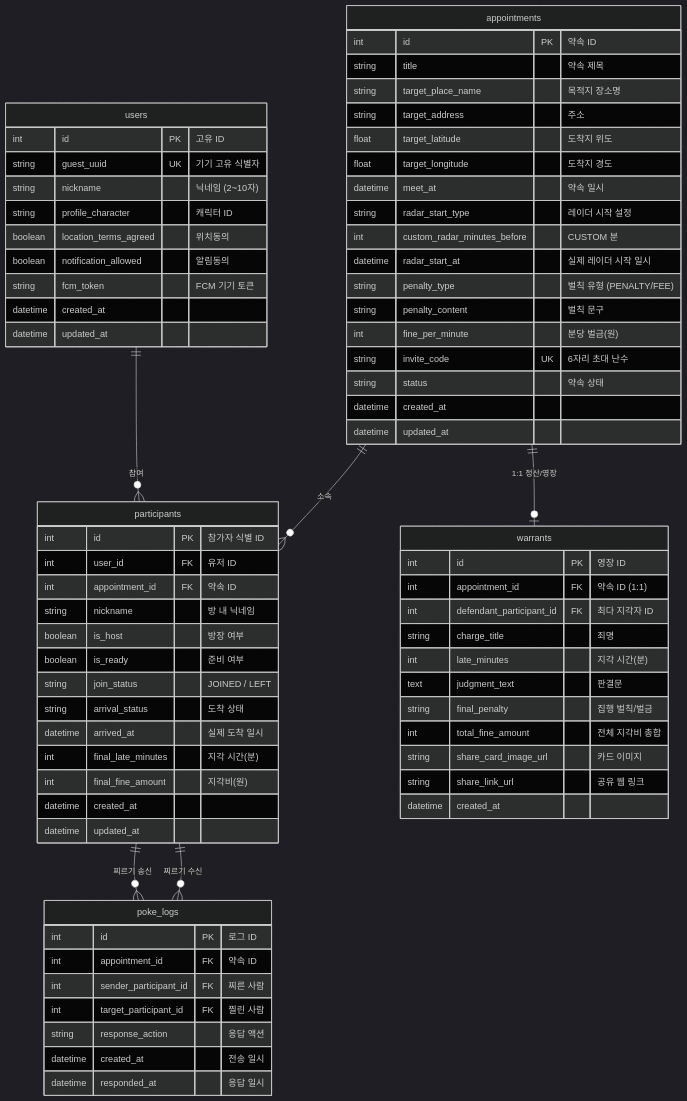
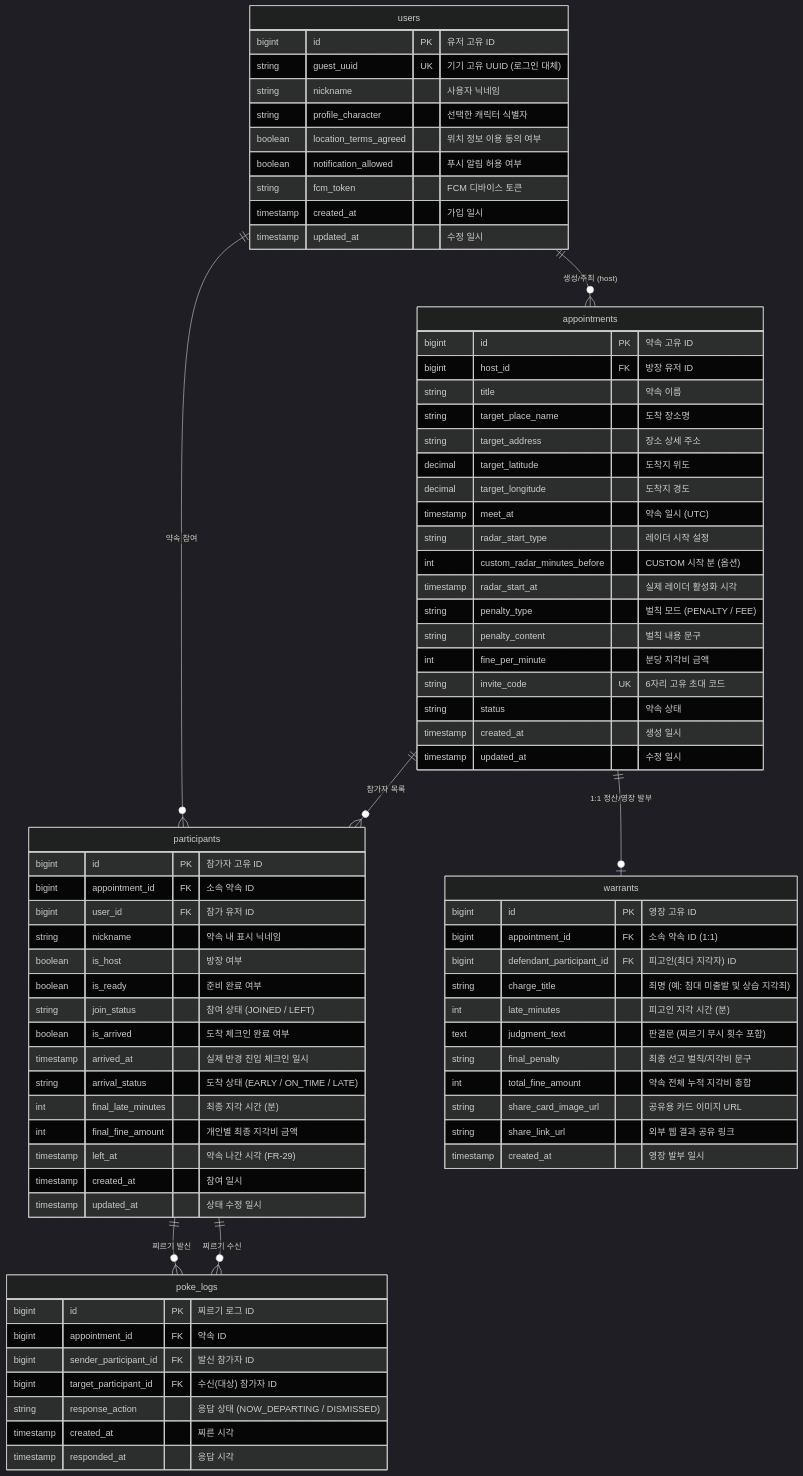
One commit to gomoboo/ETA_BE changed the diagram in docs/DB_SCHEMA.md. Above: the diagram before and after it, drawn with Mermaid (dark theme). The commit also changed other lines of this file, not shown here.

Commit message:
docs: Update DB schema documentation with host_id, left_at, is_arrived and unique constraint

````diff
--- a/docs/DB_SCHEMA.md
+++ b/docs/DB_SCHEMA.md
@@ -10,80 +11,84 @@
 ```mermaid
 erDiagram
-    users ||--o{ participants : "참여"
-    appointments ||--o{ participants : "소속"
-    appointments ||--o| warrants : "1:1 정산/영장"
-    participants ||--o{ poke_logs : "찌르기 송신"
+    users ||--o{ appointments : "생성/주최 (host)"
+    users ||--o{ participants : "약속 참여"
+    appointments ||--o{ participants : "참가자 목록"
+    appointments ||--o| warrants : "1:1 정산/영장 발부"
+    participants ||--o{ poke_logs : "찌르기 발신"
     participants ||--o{ poke_logs : "찌르기 수신"
 
     users {
-        int id PK "고유 ID"
-        string guest_uuid UK "기기 고유 식별자"
-        string nickname "닉네임 (2~10자)"
-        string profile_character "캐릭터 ID"
-        boolean location_terms_agreed "위치동의"
-        boolean notification_allowed "알림동의"
-        string fcm_token "FCM 기기 토큰"
-        datetime created_at
-        datetime updated_at
+        bigint id PK "유저 고유 ID"
+        string guest_uuid UK "기기 고유 UUID (로그인 대체)"
+        string nickname "사용자 닉네임"
+        string profile_character "선택한 캐릭터 식별자"
+        boolean location_terms_agreed "위치 정보 이용 동의 여부"
+        boolean notification_allowed "푸시 알림 허용 여부"
+        string fcm_token "FCM 디바이스 토큰"
+        timestamp created_at "가입 일시"
+        timestamp updated_at "수정 일시"
     }
 
     appointments {
-        int id PK "약속 ID"
-        string title "약속 제목"
-        string target_place_name "목적지 장소명"
-        string target_address "주소"
-        float target_latitude "도착지 위도"
-        float target_longitude "도착지 경도"
-        datetime meet_at "약속 일시"
+        bigint id PK "약속 고유 ID"
+        bigint host_id FK "방장 유저 ID"
+        string title "약속 이름"
+        string target_place_name "도착 장소명"
+        string target_address "장소 상세 주소"
+        decimal target_latitude "도착지 위도"
+        decimal target_longitude "도착지 경도"
+        timestamp meet_at "약속 일시 (UTC)"
         string radar_start_type "레이더 시작 설정"
-        int custom_radar_minutes_before "CUSTOM 분"
-        datetime radar_start_at "실제 레이더 시작 일시"
-        string penalty_type "벌칙 유형 (PENALTY/FEE)"
-        string penalty_content "벌칙 문구"
-        int fine_per_minute "분당 벌금(원)"
-        string invite_code UK "6자리 초대 난수"
+        int custom_radar_minutes_before "CUSTOM 시작 분 (옵션)"
+        timestamp radar_start_at "실제 레이더 활성화 시각"
+        string penalty_type "벌칙 모드 (PENALTY / FEE)"
+        string penalty_content "벌칙 내용 문구"
+        int fine_per_minute "분당 지각비 금액"
+        string invite_code UK "6자리 고유 초대 코드"
         string status "약속 상태"
-        datetime created_at
-        datetime updated_at
+        timestamp created_at "생성 일시"
+        timestamp updated_at "수정 일시"
     }
 
     participants {
-        int id PK "참가자 식별 ID"
-        int user_id FK "유저 ID"
-        int appointment_id FK "약속 ID"
-        string nickname "방 내 닉네임"
+        bigint id PK "참가자 고유 ID"
+        bigint appointment_id FK "소속 약속 ID"
+        bigint user_id FK "참가 유저 ID"
+        string nickname "약속 내 표시 닉네임"
         boolean is_host "방장 여부"
-        boolean is_ready "준비 여부"
-        string join_status "JOINED / LEFT"
-        string arrival_status "도착 상태"
-        datetime arrived_at "실제 도착 일시"
-        int final_late_minutes "지각 시간(분)"
-        int final_fine_amount "지각비(원)"
-        datetime created_at
-        datetime updated_at
+        boolean is_ready "준비 완료 여부"
+        string join_status "참여 상태 (JOINED / LEFT)"
+        boolean is_arrived "도착 체크인 완료 여부"
+        timestamp arrived_at "실제 반경 진입 체크인 일시"
+        string arrival_status "도착 상태 (EARLY / ON_TIME / LATE)"
+        int final_late_minutes "최종 지각 시간 (분)"
+        int final_fine_amount "개인별 최종 지각비 금액"
+        timestamp left_at "약속 나간 시각 (FR-29)"
+        timestamp created_at "참여 일시"
+        timestamp updated_at "상태 수정 일시"
+    }
+
+    poke_logs {
+        bigint id PK "찌르기 로그 ID"
+        bigint appointment_id FK "약속 ID"
+        bigint sender_participant_id FK "발신 참가자 ID"
+        bigint target_participant_id FK "수신(대상) 참가자 ID"
+        string response_action "응답 상태 (NOW_DEPARTING / DISMISSED)"
+        timestamp created_at "찌른 시각"
+        timestamp responded_at "응답 시각"
     }
 
     warrants {
-        int id PK "영장 ID"
-        int appointment_id FK "약속 ID (1:1)"
-        int defendant_participant_id FK "최다 지각자 ID"
-        string charge_title "죄명"
-        int late_minutes "지각 시간(분)"
-        text judgment_text "판결문"
-        string final_penalty "집행 벌칙/벌금"
-        int total_fine_amount "전체 지각비 총합"
-        string share_card_image_url "카드 이미지"
-        string share_link_url "공유 웹 링크"
-        datetime created_at
-    }
-
-    poke_logs {
-        int id PK "로그 ID"
-        int appointment_id FK "약속 ID"
-        int sender_participant_id FK "찌른 사람"
-        int target_participant_id FK "찔린 사람"
-        string response_action "응답 액션"
-        datetime created_at "전송 일시"
-        datetime responded_at "응답 일시"
+        bigint id PK "영장 고유 ID"
+        bigint appointment_id FK "소속 약속 ID (1:1)"
+        bigint defendant_participant_id FK "피고인(최다 지각자) ID"
+        string charge_title "죄명 (예: 침대 미출발 및 상습 지각죄)"
+        int late_minutes "피고인 지각 시간 (분)"
+        text judgment_text "판결문 (찌르기 무시 횟수 포함)"
+        string final_penalty "최종 선고 벌칙/지각비 문구"
+        int total_fine_amount "약속 전체 누적 지각비 총합"
+        string share_card_image_url "공유용 카드 이미지 URL"
+        string share_link_url "외부 웹 결과 공유 링크"
+        timestamp created_at "영장 발부 일시"
     }
 ```
````
